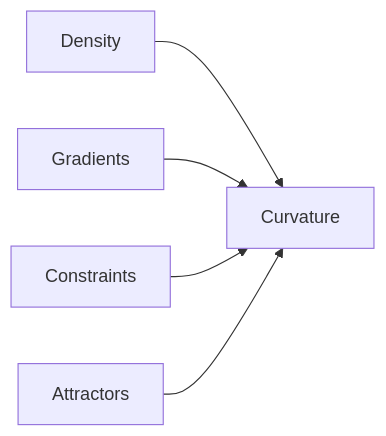
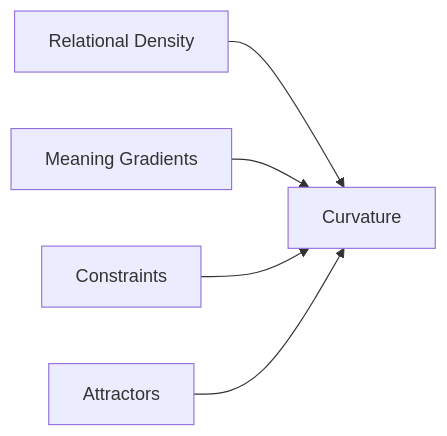
Before and after one commit to CuriousOne23/WhenMathPrays: the seventh of 9 diagrams in docs/Geometry_of_Meaning_Relation_and_Dynamic_Information.md, drawn with Mermaid. The commit also changed other lines of this file and 1 other file, not shown here.

````diff
--- a/docs/Geometry_of_Meaning_Relation_and_Dynamic_Information.md
+++ b/docs/Geometry_of_Meaning_Relation_and_Dynamic_Information.md
@@ -933,13 +650,13 @@
 ```mermaid
 flowchart LR
-    D[Density]
-    G[Gradients]
+    D[Relational Density]
+    G[Meaning Gradients]
     C[Constraints]
     A[Attractors]
     K[Curvature]
 
     D --> K
     G --> K
     C --> K
     A --> K
 ```
````
